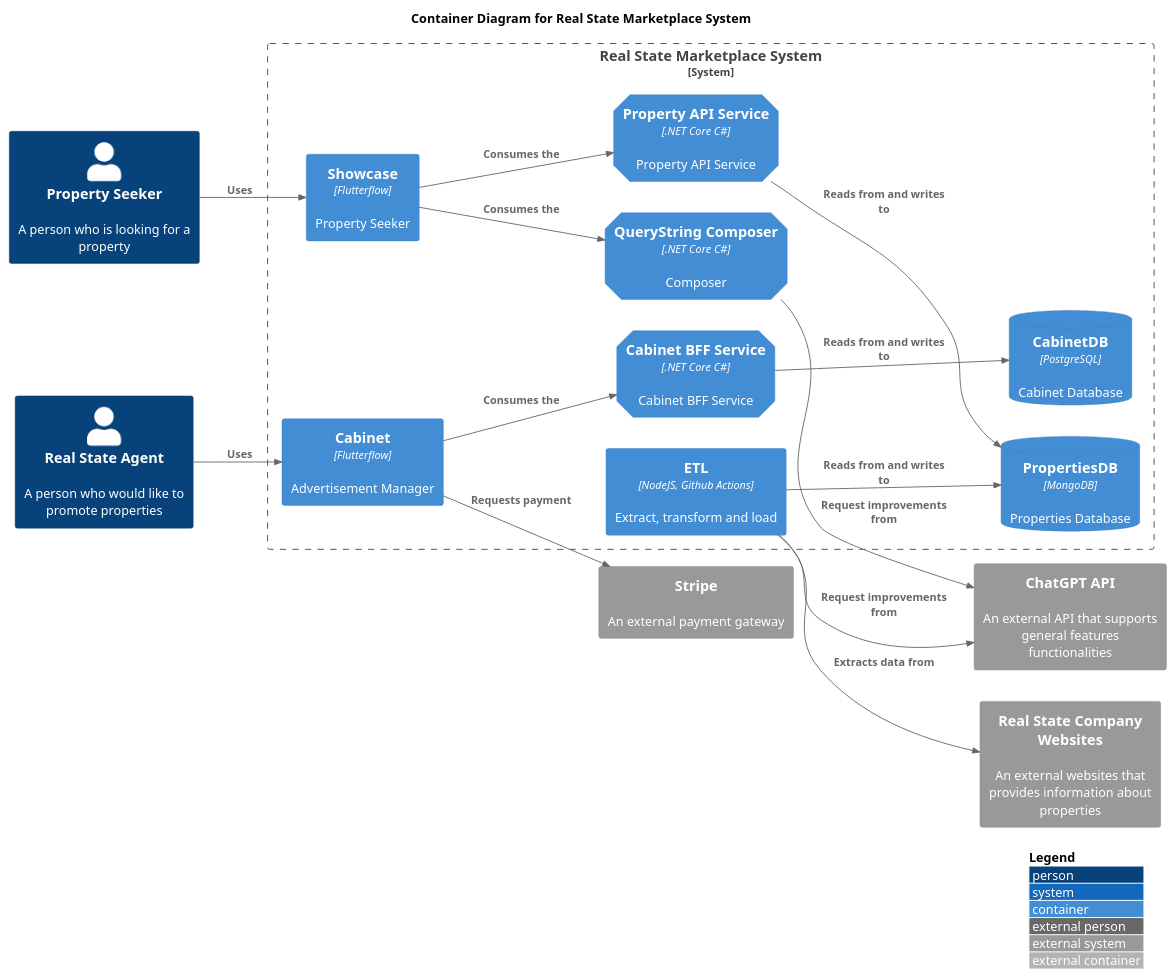
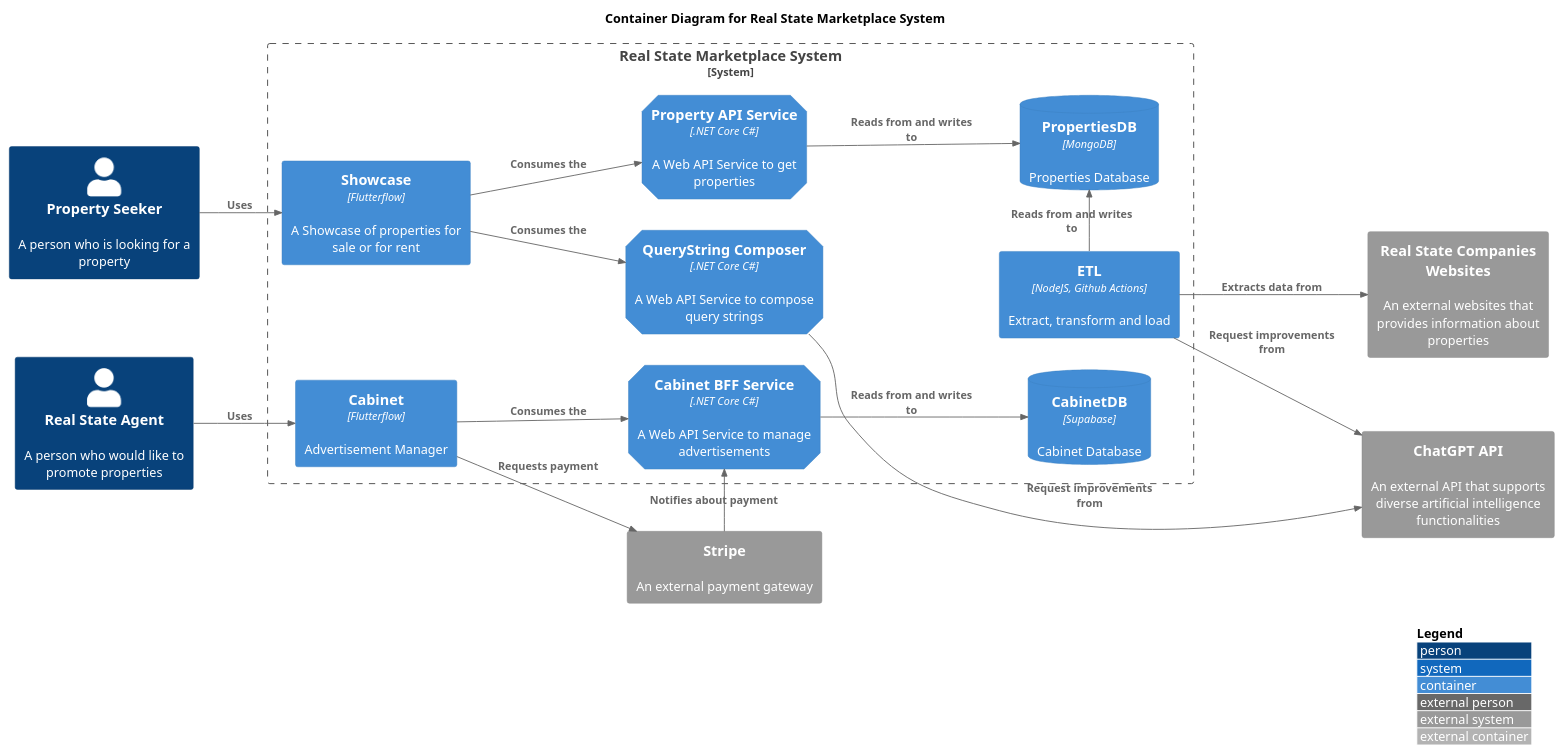
The diagram in docs/c4-models/02-Container-Diagram.puml (jtsato/properties-api-netcore), drawn with PlantUML before and after one commit. The commit also changed 1 other file, not shown here.

Commit message:
doc(diagram): refactoring diagrams

```diff
--- a/docs/c4-models/02-Container-Diagram.puml
+++ b/docs/c4-models/02-Container-Diagram.puml
@@ -1,53 +1,54 @@
 @startuml 02-ContainerDiagram
 !include <C4/C4_Container>
 
 /' Level 2: Container diagram
    A container is something like a server-side web application, single-page application, desktop application, 
    mobile app, database schema, file system, etc. 
    Essentially, a container is a separately runnable/deployable unit (e.g. a separate process space) 
    that executes code or stores data.
 '/
 
 title "Container Diagram for Real State Marketplace System"
 
 AddElementTag("microService", $shape=EightSidedShape(), $legendText="micro service\'")
 AddElementTag("storage", $shape=RoundedBoxShape())
 
 LAYOUT_LEFT_RIGHT()
 
 Person(seeker, "Property Seeker", "A person who is looking for a property")
 Person(agent, "Real State Agent", "A person who would like to promote properties")
 
 System_Boundary(realState, "Real State Marketplace System", "A system that allows property seekers to find properties for sale or rent") {
-    Container(showcase, "Showcase", "Flutterflow", "Property Seeker")
+    Container(showcase, "Showcase", "Flutterflow", "A Showcase of properties for sale or for rent")
     Container(cabinet, "Cabinet", "Flutterflow", "Advertisement Manager")
-    Container(showcaseBff, "Property API Service", ".NET Core C#", "Property API Service", $tags = "microService")
+    Container(showcaseBff, "Property API Service", ".NET Core C#", "A Web API Service to get properties", $tags = "microService")
     ContainerDb(propertiesDB, "PropertiesDB", "MongoDB", "Properties Database", $tags = "storage")
-    Container(composer, "QueryString Composer", ".NET Core C#", "Composer", $tags = "microService")
-    Container(cabinetBff, "Cabinet BFF Service", ".NET Core C#", "Cabinet BFF Service", $tags = "microService")
-    ContainerDb(cabinetDB, "CabinetDB", "PostgreSQL", "Cabinet Database", $tags = "storage")
+    Container(composer, "QueryString Composer", ".NET Core C#", "A Web API Service to compose query strings", $tags = "microService")
+    Container(cabinetBff, "Cabinet BFF Service", ".NET Core C#", "A Web API Service to manage advertisements", $tags = "microService")
+    ContainerDb(cabinetDB, "CabinetDB", "Supabase", "Cabinet Database", $tags = "storage")
     Container(etl, "ETL", "NodeJS, Github Actions", "Extract, transform and load")
 }
 
-System_Ext(chatGpt, "ChatGPT API", "An external API that supports general features functionalities")
-System_Ext(websites, "Real State Company Websites", "An external websites that provides information about properties")
+System_Ext(chatGpt, "ChatGPT API", "An external API that supports diverse artificial intelligence functionalities")
+System_Ext(websites, "Real State Companies Websites", "An external websites that provides information about properties")
 System_Ext(stripe, "Stripe", "An external payment gateway")
 
 Rel(seeker, showcase, "Uses")
 Rel(showcase, showcaseBff, "Consumes the")
 Rel(showcase, composer, "Consumes the")
 Rel(composer, chatGpt, "Request improvements from")
 Rel(showcaseBff, propertiesDB, "Reads from and writes to")
 
 Rel(agent, cabinet, "Uses")
 Rel(cabinet, stripe, "Requests payment")
+Rel(stripe, cabinetBff, "Notifies about payment")
 Rel(cabinet, cabinetBff, "Consumes the")
 Rel(cabinetBff, cabinetDB, "Reads from and writes to")
 
 Rel(etl, websites, "Extracts data from")
 Rel(etl, chatGpt, "Request improvements from")
-Rel(etl, propertiesDB, "Reads from and writes to")
+Rel_R(etl, propertiesDB, "Reads from and writes to")
 
 LAYOUT_WITH_LEGEND()
 
 @enduml
```
